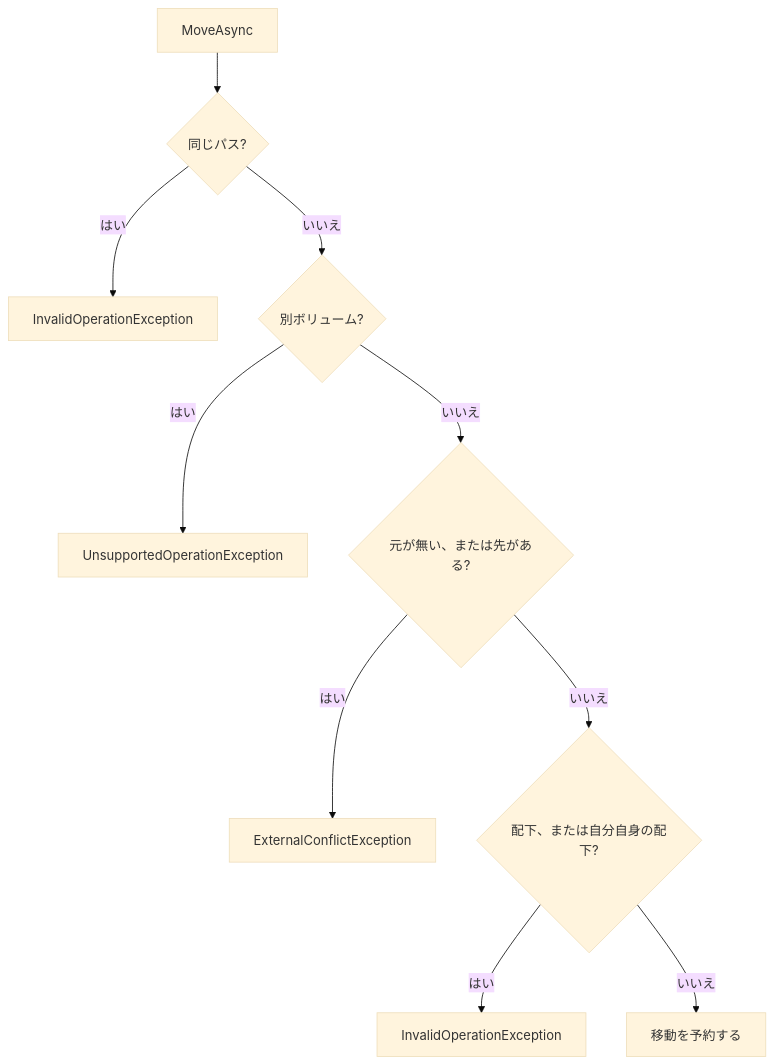
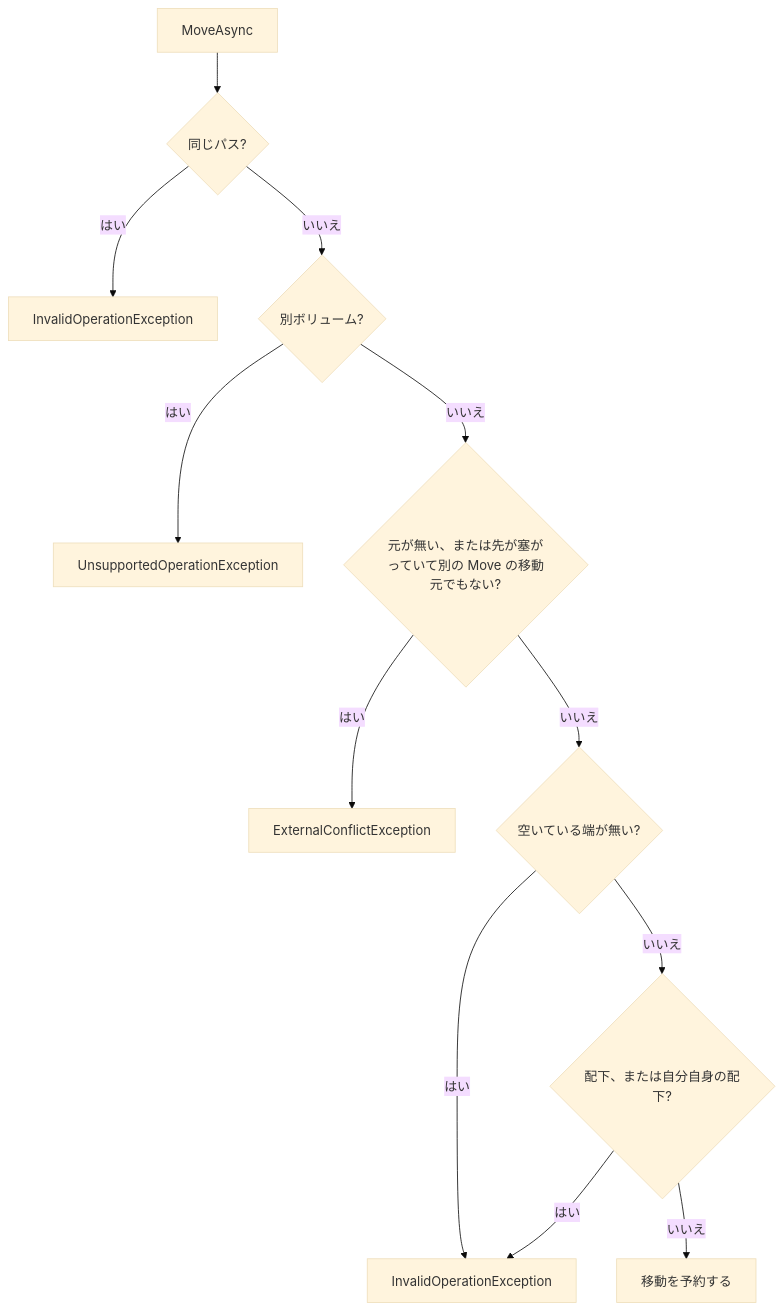
Before and after one commit to YUKIKEDA/Txfio: the ninth of 15 diagrams in README.md, drawn with Mermaid (base theme). The commit also changed other lines of this file and 9 other files, not shown here.

````diff
--- a/README.md
+++ b/README.md
@@ -315,12 +317,14 @@
 ```mermaid
 flowchart TD
   move["MoveAsync"] --> same{"同じパス?"}
   same -->|はい| invSame["InvalidOperationException"]
   same -->|いいえ| vol{"別ボリューム?"}
   vol -->|はい| uns["UnsupportedOperationException"]
-  vol -->|いいえ| place{"元が無い、または先がある?"}
+  vol -->|いいえ| place{"元が無い、または先が塞がっていて別の Move の移動元でもない?"}
   place -->|はい| ext["ExternalConflictException"]
-  place -->|いいえ| under{"配下、または自分自身の配下?"}
-  under -->|はい| inv["InvalidOperationException"]
+  place -->|いいえ| cycle{"空いている端が無い?"}
+  cycle -->|はい| inv["InvalidOperationException"]
+  cycle -->|いいえ| under{"配下、または自分自身の配下?"}
+  under -->|はい| inv
   under -->|いいえ| ok["移動を予約する"]
 ```
````
